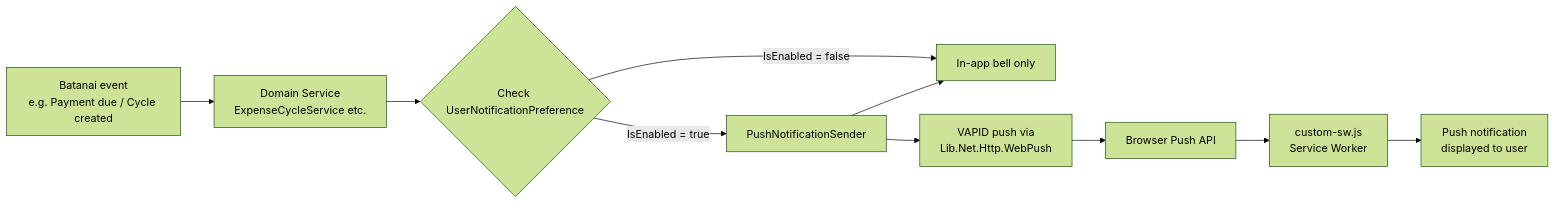
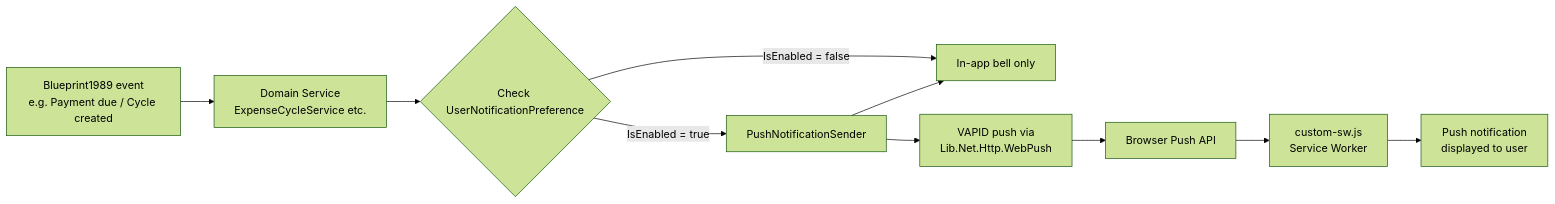
The third of 4 diagrams in docs/technical documents/Architecture.md (CarolineChirenje/blueprint1989), drawn with Mermaid (forest theme) before and after one commit. The commit also changed other lines of this file and 367 other files, not shown here.

````diff
--- a/docs/technical documents/Architecture.md
+++ b/docs/technical documents/Architecture.md
@@ -235,12 +235,12 @@
 ```mermaid
 flowchart LR
-    A[Batanai event\ne.g. Payment due / Cycle created] --> B[Domain Service\nExpenseCycleService etc.]
+    A[Blueprint1989 event\ne.g. Payment due / Cycle created] --> B[Domain Service\nExpenseCycleService etc.]
     B --> C{Check UserNotificationPreference}
     C -->|IsEnabled = true| D[PushNotificationSender]
     C -->|IsEnabled = false| E[In-app bell only]
     D --> F[VAPID push via\nLib.Net.Http.WebPush]
     F --> G[Browser Push API]
     G --> H[custom-sw.js\nService Worker]
     H --> I[Push notification\ndisplayed to user]
     D --> E
 ```
````
